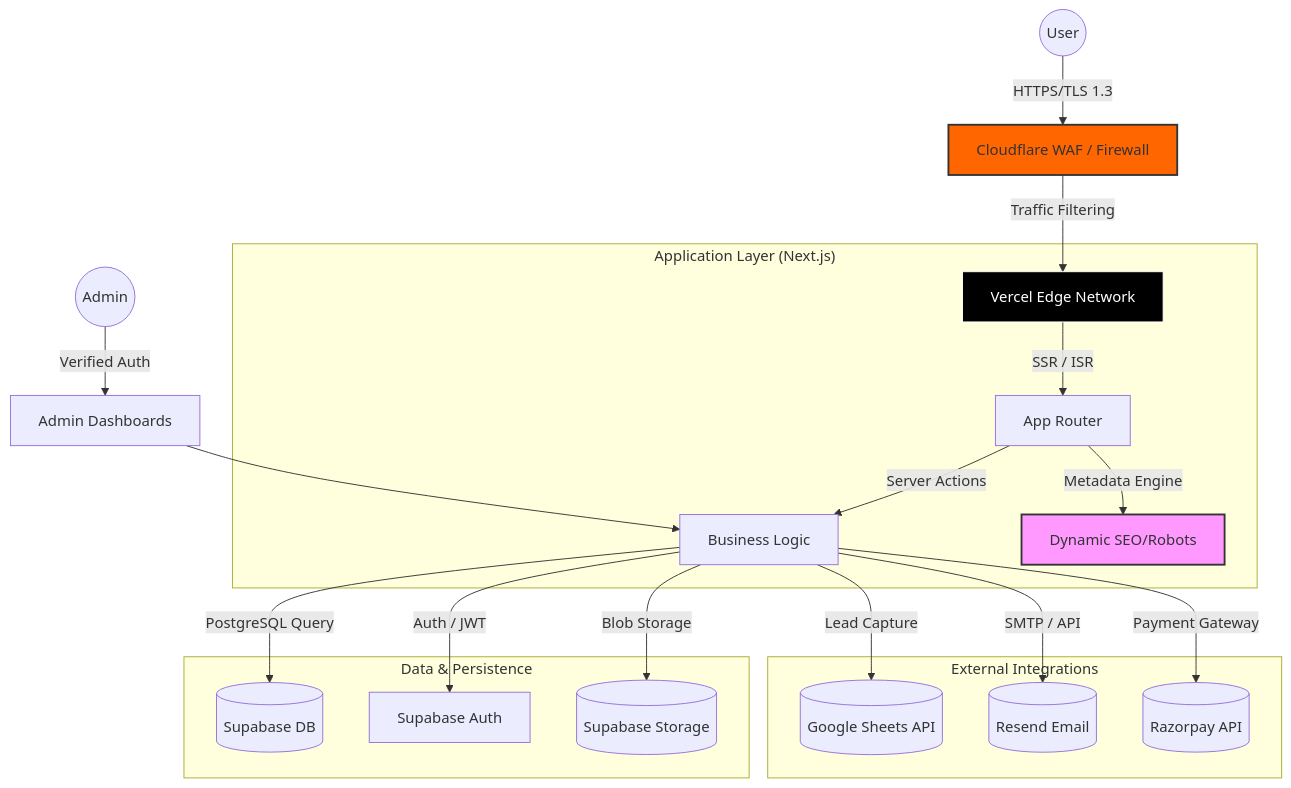
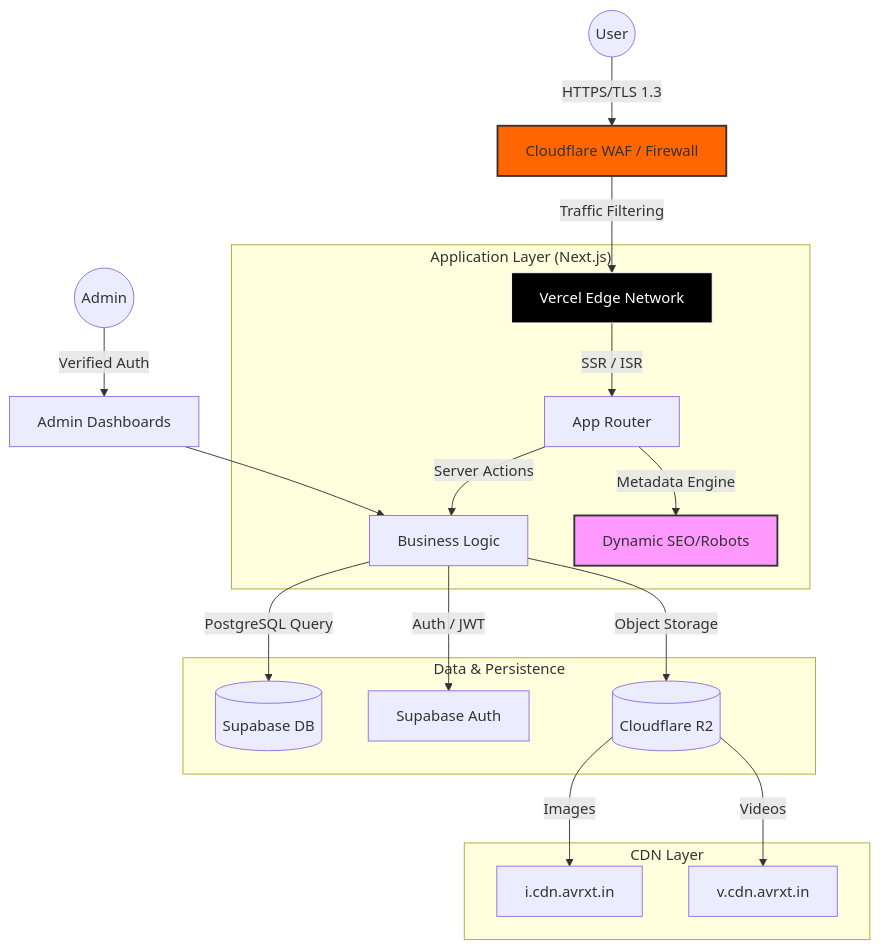
Before and after one commit to avrxtcloud/avrxt-in: the first of 2 diagrams in README.md, drawn with Mermaid. The commit also changed other lines of this file and 2 other files, not shown here.

Commit message:
Implement deep-delete for gallery and update documentation for Cloudflare R2

````diff
--- a/README.md
+++ b/README.md
@@ -11,30 +11,29 @@
 ```mermaid
 graph TD
     User((User)) -->|HTTPS/TLS 1.3| WAF[Cloudflare WAF / Firewall]
     WAF -->|Traffic Filtering| Vercel[Vercel Edge Network]
     
     subgraph "Application Layer (Next.js)"
         Vercel -->|SSR / ISR| AppRouter[App Router]
         AppRouter -->|Server Actions| Logic[Business Logic]
         AppRouter -->|Metadata Engine| SEO[Dynamic SEO/Robots]
     end
 
     subgraph "Data & Persistence"
         Logic -->|PostgreSQL Query| SupabaseDB[(Supabase DB)]
         Logic -->|Auth / JWT| SupabaseAuth[Supabase Auth]
-        Logic -->|Blob Storage| SupabaseStorage[(Supabase Storage)]
+        Logic -->|Object Storage| R2[(Cloudflare R2)]
     end
 
-    subgraph "External Integrations"
-        Logic -->|Lead Capture| GSheets[(Google Sheets API)]
-        Logic -->|SMTP / API| Resend[(Resend Email)]
-        Logic -->|Payment Gateway| Razorpay[(Razorpay API)]
+    subgraph "CDN Layer"
+        R2 -->|Images| i_cdn[i.cdn.avrxt.in]
+        R2 -->|Videos| v_cdn[v.cdn.avrxt.in]
     end
 
     Admin((Admin)) -->|Verified Auth| AdminPanels[Admin Dashboards]
     AdminPanels --> Logic
 
     style SEO fill:#f9f,stroke:#333,stroke-width:2px
     style WAF fill:#f60,stroke:#333,stroke-width:2px
     style Vercel fill:#000,stroke:#fff,color:#fff
 ```
````
